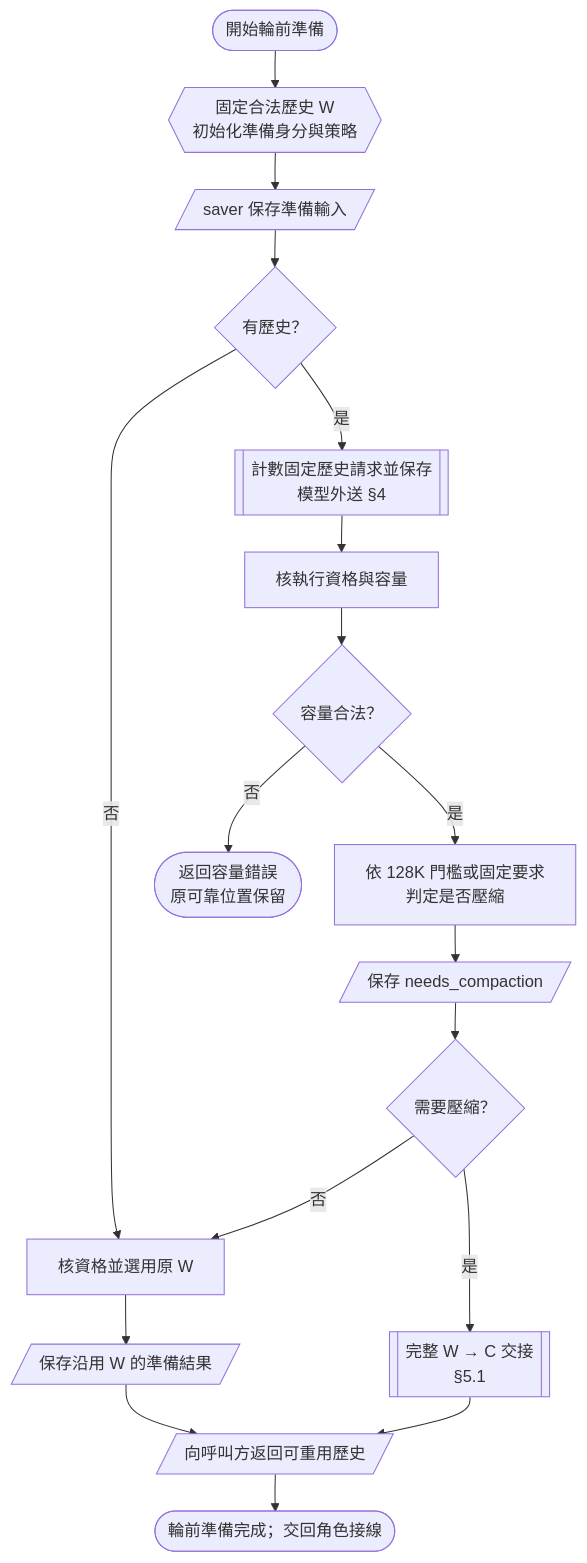
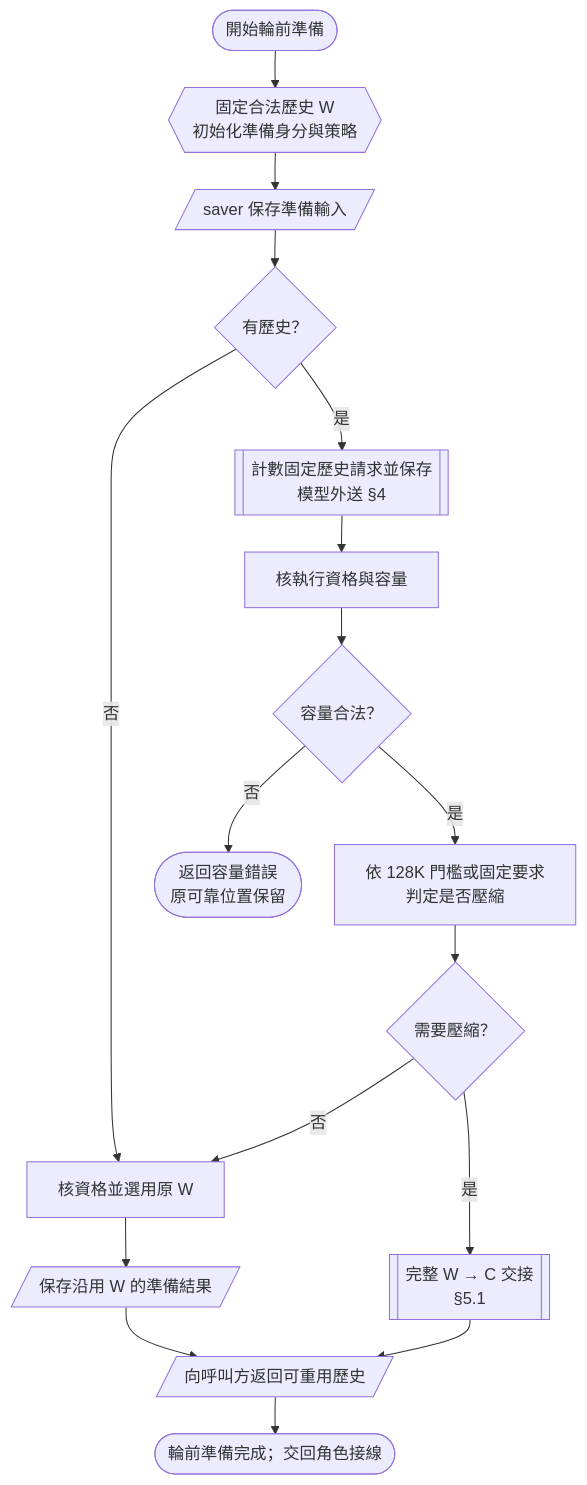
Before and after one commit to JD-Consultant/Caliburn: the diagram in docs/diagrams/implementation/agent-execution/history-preparation.mmd, drawn with Mermaid. The commit also changed 920 other files, not shown here.

```diff
--- a/docs/diagrams/implementation/agent-execution/history-preparation.mmd
+++ b/docs/diagrams/implementation/agent-execution/history-preparation.mmd
@@ -1,21 +1,20 @@
 %% title: 現行流程：輪前歷史準備
 %% legend: 膠囊：本圖起訖；矩形：處理；菱形：判斷；平行四邊形：資料交接；雙側線：子流程。六角形：初始化。
 %%{init: {"flowchart": {"wrappingWidth": 280, "nodeSpacing": 32, "rankSpacing": 36}}}%%
 flowchart TD
   begin([開始輪前準備]) --> W{{固定合法歷史 W<br/>初始化準備身分與策略}}
   W --> SAVE[/saver 保存準備輸入/]
   SAVE --> E{"有歷史？"}
   E -->|否| K[核資格並選用原 W]
   E -->|是| N[[計數固定歷史請求並保存<br/>模型外送 §4]]
   N --> ASSESS[核執行資格與容量]
   ASSESS --> CAP{容量合法？}
   CAP -->|否| X([返回容量錯誤<br/>原可靠位置保留])
   CAP -->|是| NEED[依 128K 門檻或固定要求<br/>判定是否壓縮]
-  NEED --> NS[/保存 needs_compaction/]
-  NS --> G{"需要壓縮？"}
+  NEED --> G{"需要壓縮？"}
   G -->|否| K
   G -->|是| C[[完整 W → C 交接<br/>§5.1]]
   K --> KS[/保存沿用 W 的準備結果/]
   KS --> R[/向呼叫方返回可重用歷史/]
   C --> R
   R --> P([輪前準備完成；交回角色接線])
```
